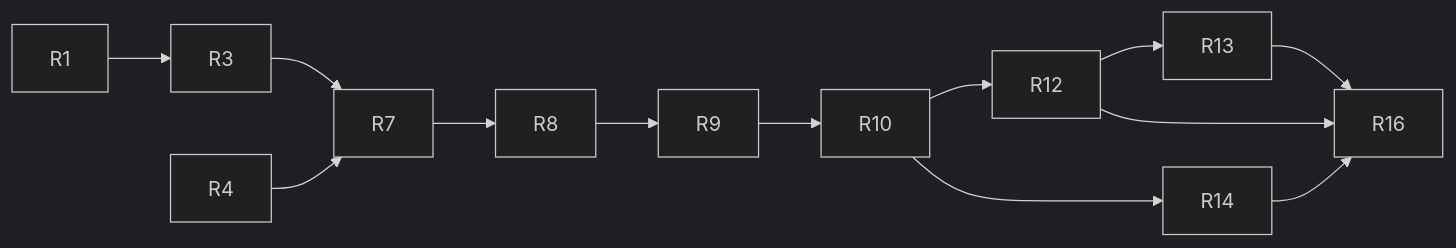
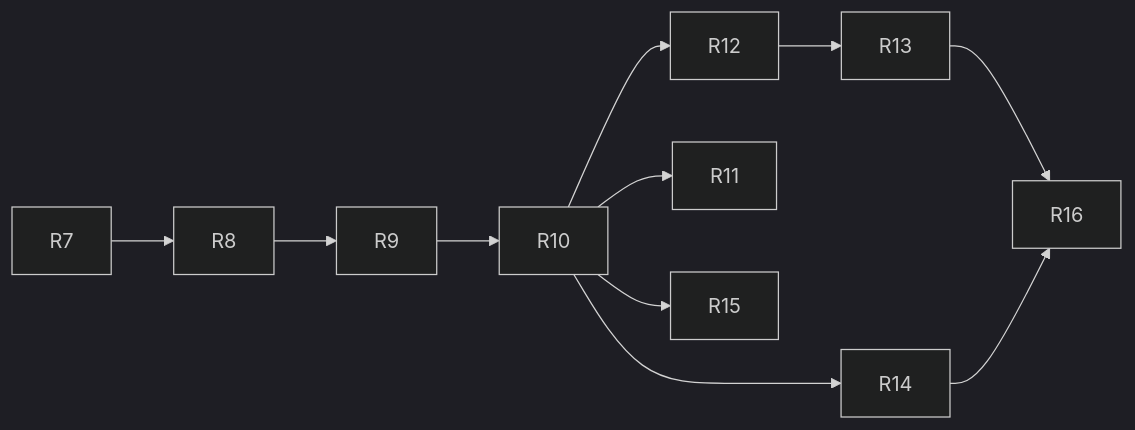
Before and after one commit to Mathews-Tom/archex: the third of 3 diagrams in .docs/DEVELOPMENT_PLAN.md, drawn with Mermaid (dark theme). The commit also changed other lines of this file, not shown here.

````diff
--- a/.docs/DEVELOPMENT_PLAN.md
+++ b/.docs/DEVELOPMENT_PLAN.md
@@ -402,7 +415,7 @@
 ```mermaid
 graph LR
-  R1 --> R3 --> R7 --> R8 --> R9 --> R10 --> R12 --> R13 --> R16
-  R4 --> R7
+  R7 --> R8 --> R9 --> R10 --> R12 --> R13 --> R16
   R10 --> R14 --> R16
-  R12 --> R16
+  R10 --> R11
+  R10 --> R15
 ```
````
